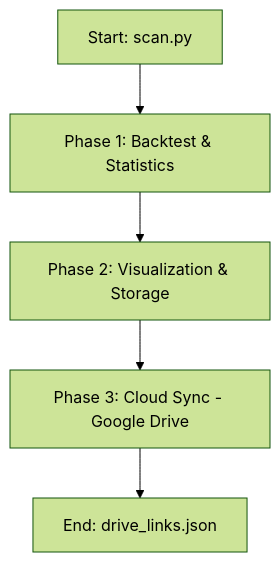
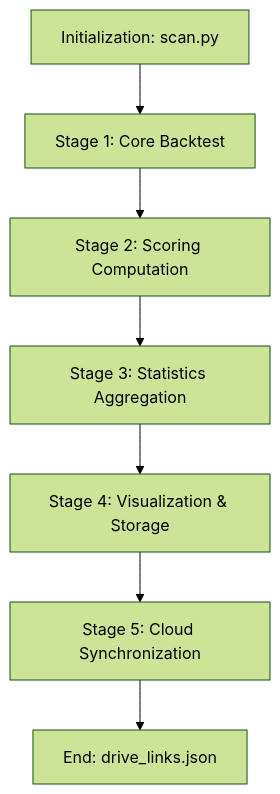
Before and after one commit to Thanhnt15/GigaAlpha: the diagram in docs/project_workflow.md, drawn with Mermaid (forest theme). The commit also changed other lines of this file and 1 other file, not shown here.

Commit message:
docs: refactor documentation to clarify pipeline stages, project structure, and workflow architecture

````diff
--- a/docs/project_workflow.md
+++ b/docs/project_workflow.md
@@ -9,7 +9,9 @@
 ```mermaid
 graph TD
-    A[Start: scan.py] --> B[Phase 1: Backtest & Statistics]
-    B --> C[Phase 2: Visualization & Storage]
-    C --> D[Phase 3: Cloud Sync - Google Drive]
-    D --> E[End: drive_links.json]
+    A[Initialization: scan.py] --> B[Stage 1: Core Backtest]
+    B --> C[Stage 2: Scoring Computation]
+    C --> D[Stage 3: Statistics Aggregation]
+    D --> E[Stage 4: Visualization & Storage]
+    E --> F[Stage 5: Cloud Synchronization]
+    F --> G[End: drive_links.json]
 ```
````
